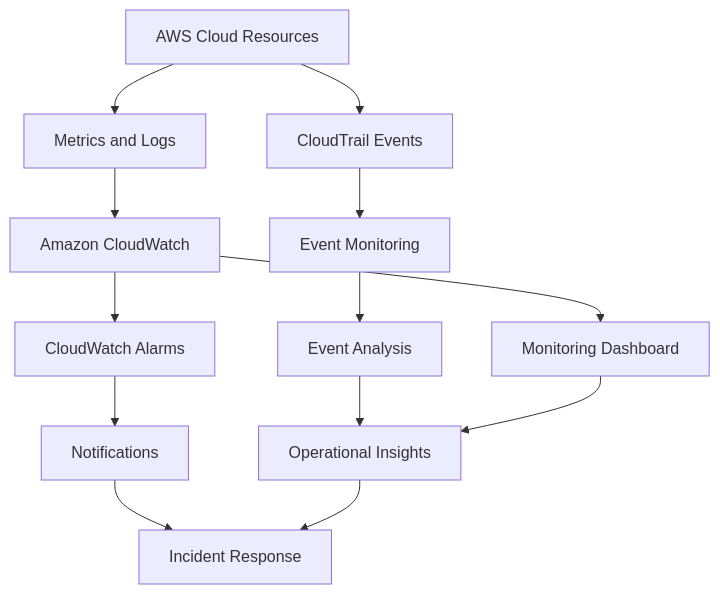
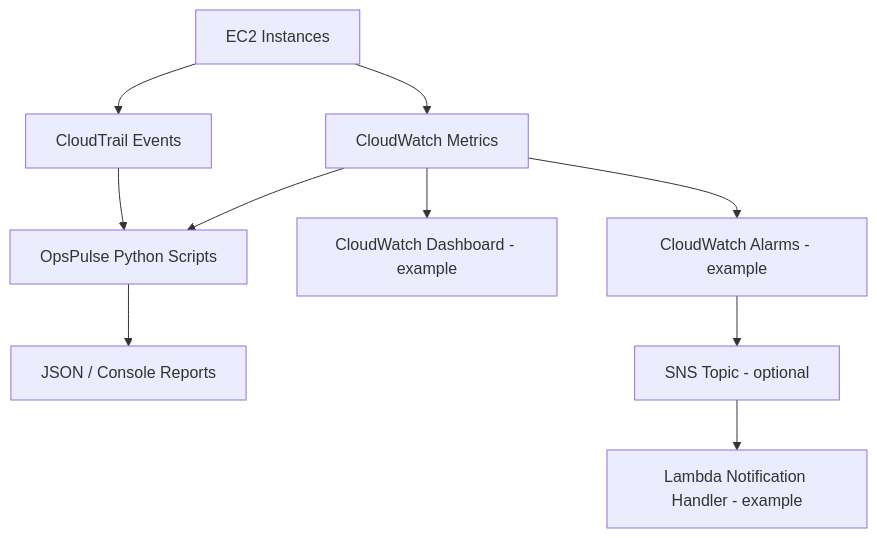
One commit to prakashjaypandey/OpsPulse-_AWS_Cloud- changed the diagram in README.md. Above: the diagram before and after it, drawn with Mermaid. The commit also changed other lines of this file and 12 other files, not shown here.

````diff
--- a/README.md
+++ b/README.md
@@ -41,15 +15,12 @@
 ```mermaid
 flowchart TD
-    A[AWS Cloud Resources] --> B[Metrics and Logs]
-    A --> C[CloudTrail Events]
-    B --> D[Amazon CloudWatch]
-    C --> E[Event Monitoring]
-    D --> F[Monitoring Dashboard]
-    D --> G[CloudWatch Alarms]
-    E --> H[Event Analysis]
-    G --> I[Notifications]
-    H --> J[Operational Insights]
-    F --> J
-    I --> K[Incident Response]
-    J --> K
+  A[EC2 Instances] --> B[CloudWatch Metrics]
+  A --> C[CloudTrail Events]
+  B --> D[OpsPulse Python Scripts]
+  C --> D
+  D --> E[JSON / Console Reports]
+  B --> F[CloudWatch Dashboard - example]
+  B --> G[CloudWatch Alarms - example]
+  G --> H[SNS Topic - optional]
+  H --> I[Lambda Notification Handler - example]
 ```
````
